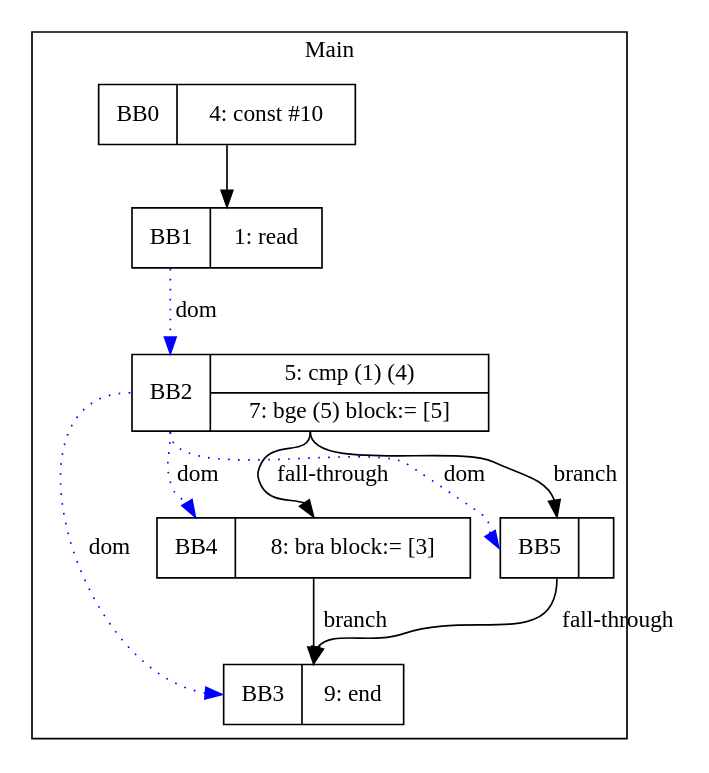
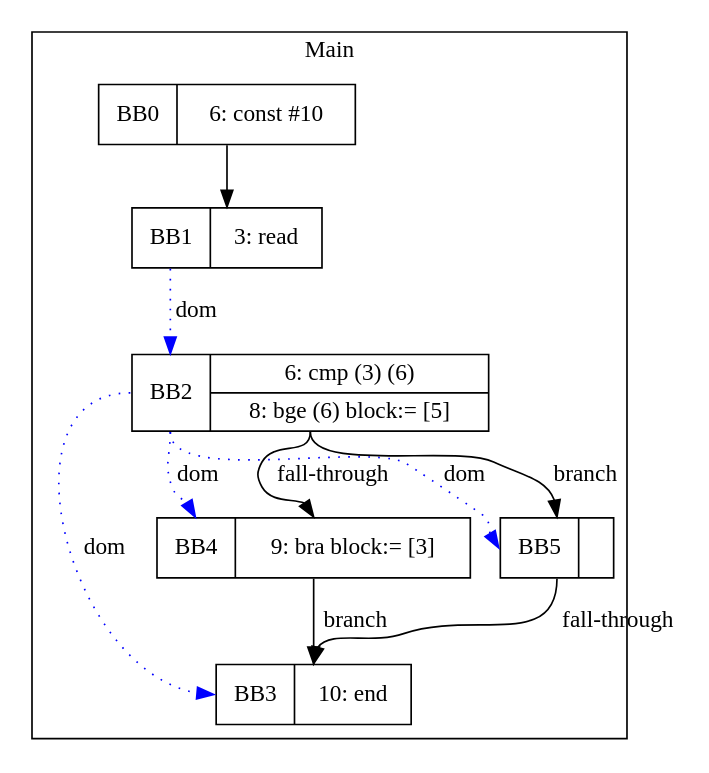
Before and after one commit to zjc664656505/UCI-CS241-Advanced-Compiler-main: the diagram in visualization/Simon/if_redundant_phis.gv, drawn with Graphviz. The commit also changed 90 other files, not shown here.

```diff
--- a/visualization/Simon/if_redundant_phis.gv
+++ b/visualization/Simon/if_redundant_phis.gv
@@ -1,21 +1,21 @@
 digraph G {
 node [shape=record];
 subgraph cluster_main{
 label = "Main";
-BB0 [shape=record, label="<b>BB0|{4: const #10}"];
-BB1 [shape=record, label="<b>BB1|{1: read}"];
-BB2 [shape=record, label="<b>BB2|{5: cmp (1) (4)|7: bge (5) block:= [5]}"];
-BB3 [shape=record, label="<b>BB3|{9: end}"];
-BB4 [shape=record, label="<b>BB4|{8: bra block:= [3]}"];
+BB0 [shape=record, label="<b>BB0|{6: const #10}"];
+BB1 [shape=record, label="<b>BB1|{3: read}"];
+BB2 [shape=record, label="<b>BB2|{6: cmp (3) (6)|8: bge (6) block:= [5]}"];
+BB3 [shape=record, label="<b>BB3|{10: end}"];
+BB4 [shape=record, label="<b>BB4|{9: bra block:= [3]}"];
 BB5 [shape=record, label="<b>BB5|}"];
 }
 BB0:s -> BB1:n ;
 BB2:b -> BB3:b [color=blue, style=dotted, label="dom"];
 BB2:b -> BB4:b [color=blue, style=dotted, label="dom"];
 BB1:b -> BB2:b [color=blue, style=dotted, label="dom"];
 BB2:b -> BB5:b [color=blue, style=dotted, label="dom"];
 BB2:s -> BB5:n [label="branch"];
 BB4:s -> BB3:n [label="branch"];
 BB5:s -> BB3:n [label="fall-through"];
 BB2:s -> BB4:n [label="fall-through"];
 }
```
